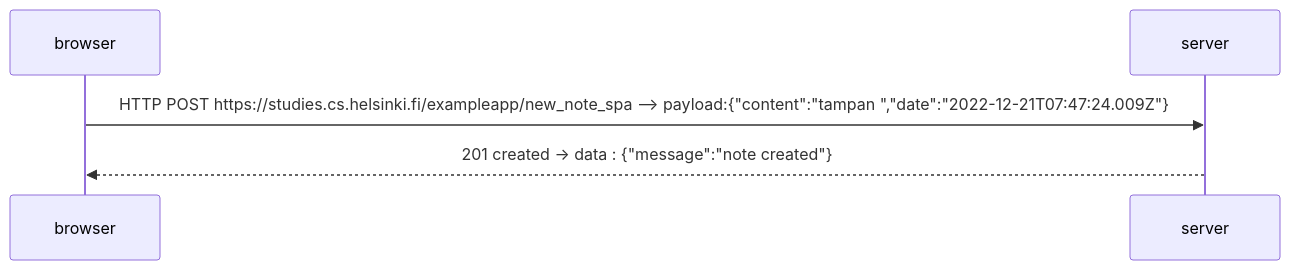
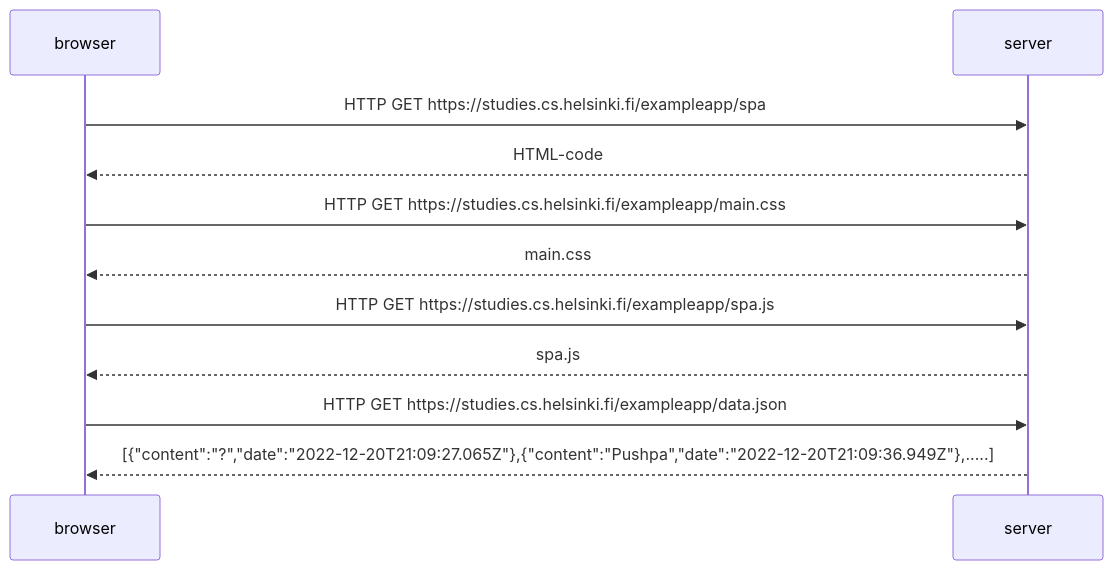
Before and after one commit to lurah11/open_university_univ_of_helsinki: the diagram in part0/part0.5.md, drawn with Mermaid. The commit also changed 1 other file, not shown here.

Commit message:
add part0.6 task

````diff
--- a/part0/part0.5.md
+++ b/part0/part0.5.md
@@ -1,5 +1,11 @@
 ```mermaid
 sequenceDiagram
-browser->>server:HTTP POST https://studies.cs.helsinki.fi/exampleapp/new_note_spa --> payload:{"content":"tampan ","date":"2022-12-21T07:47:24.009Z"}
-server-->>browser: 201 created -> data : {"message":"note created"}
+browser->>server:HTTP GET https://studies.cs.helsinki.fi/exampleapp/spa
+server-->>browser: HTML-code
+browser->>server:HTTP GET https://studies.cs.helsinki.fi/exampleapp/main.css
+server-->>browser:main.css
+browser->>server:HTTP GET https://studies.cs.helsinki.fi/exampleapp/spa.js
+server-->>browser:spa.js
+browser->>server:HTTP GET https://studies.cs.helsinki.fi/exampleapp/data.json
+server-->>browser:[{"content":"?","date":"2022-12-20T21:09:27.065Z"},{"content":"Pushpa","date":"2022-12-20T21:09:36.949Z"},.....]
 ```
````
